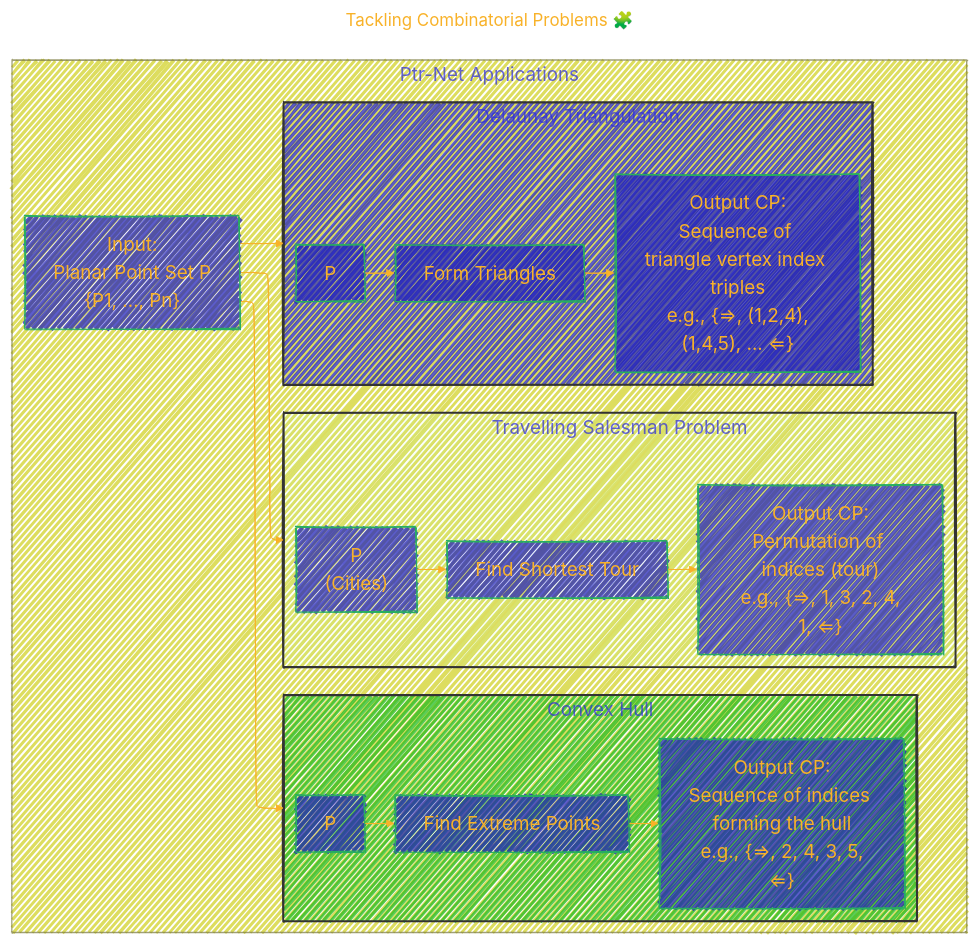
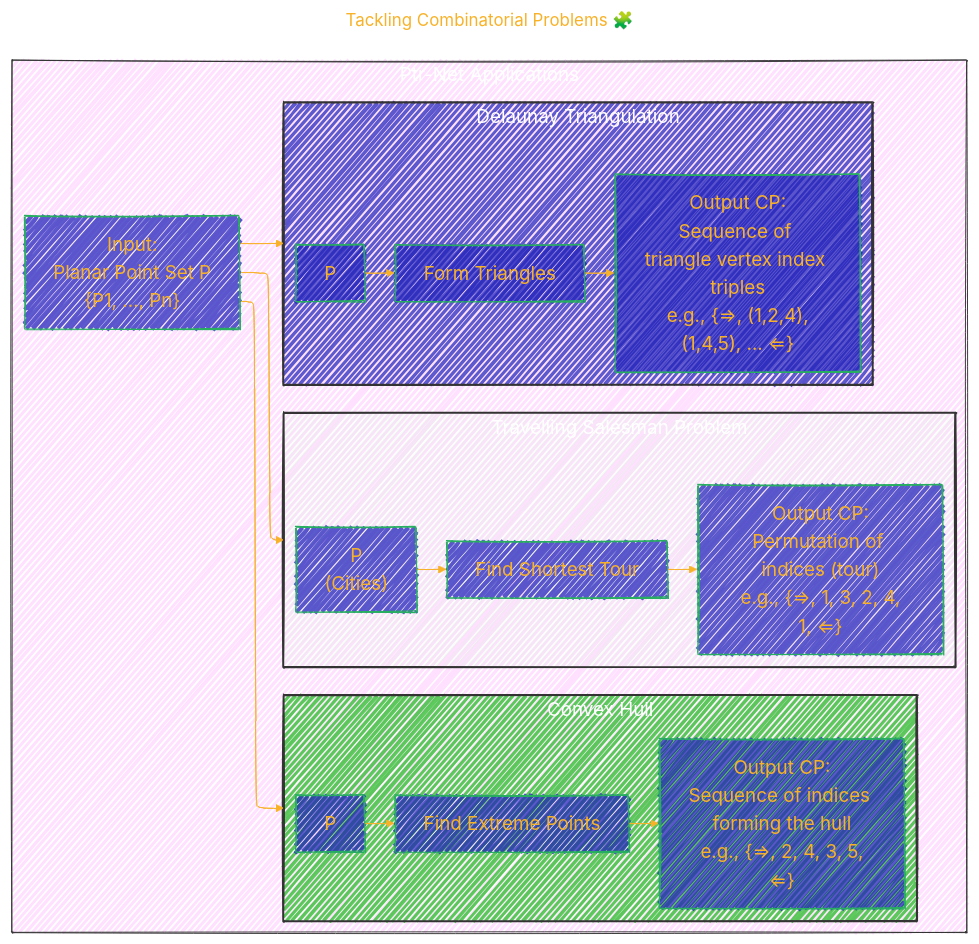
The third of 4 diagrams in Pointer_Networks/Pointer_Networks.md (CongLeSolutionX/Ilya_Sutskever_reading_list), drawn with Mermaid before and after one commit.

Commit message:
update notes

````diff
--- a/Pointer_Networks/Pointer_Networks.md
+++ b/Pointer_Networks/Pointer_Networks.md
@@ -257,59 +257,60 @@
 ```mermaid
 ---
 title: "Tackling Combinatorial Problems 🧩"
 author: "Cong Le"
 version: "1.0"
 license(s): "MIT, CC BY-SA 4.0"
 copyright: "Copyright (c) 2025 Cong Le. All Rights Reserved."
 config:
   layout: elk
   theme: base
   look: handDrawn
 ---
 %%%%%%%% Mermaid version v11.4.1-b.14
 %%%%%%%% Available curve styles include the following keywords:
 %% basis, bumpX, bumpY, cardinal, catmullRom, linear, monotoneX, monotoneY, natural, step, stepAfter, stepBefore.
 %%{
   init: {
     'flowchart': { 'htmlLabels': true, 'curve': 'basis' },
     'fontFamily': 'American Typewriter, monospace',
     'logLevel': 'fatal',
     'themeVariables': {
       'primaryColor': '#22BB',
       'primaryTextColor': '#F8B229',
       'lineColor': '#F8B229',
       'primaryBorderColor': '#27AE60',
       'secondaryColor': '#E2F1',
       'secondaryTextColor': '#6C3483',
       'secondaryBorderColor': '#A569BD',
       'fontSize': '20px'
     }
   }
 }%%
 flowchart LR
     subgraph ProblemDomains["Ptr-Net Applications"]
+    style ProblemDomains fill:#F2F2,stroke:#333,stroke-width:1px, color: #FFFF
         InputPoints["Input:<br/>Planar Point Set P<br/>{P1, ..., Pn}"]
 
         subgraph ConvexHull["Convex Hull"]
+        style ConvexHull fill:#2B2B,stroke:#333,stroke-width:2px, color: #FFFF
             CH_Input["P"] --> CH_Process["Find Extreme Points"]
             CH_Process --> CH_Output["Output CP:<br/>Sequence of indices forming the hull<br/> e.g., {⇒, 2, 4, 3, 5, ⇐}"]
         end
 
         subgraph Delaunay["Delaunay Triangulation"]
+        style Delaunay fill:#22BB,stroke:#333,stroke-width:2px, color: #FFFF
             D_Input["P"] --> D_Process["Form Triangles"]
             D_Process --> D_Output["Output CP:<br/>Sequence of triangle vertex index triples<br/> e.g., {⇒, (1,2,4), (1,4,5), ... ⇐}"]
         end
 
         subgraph TSP["Travelling Salesman Problem"]
+        style TSP fill:#BFB2,stroke:#333,stroke-width:2px, color: #FFFF
             TSP_Input["P<br/>(Cities)"] --> TSP_Process["Find Shortest Tour"]
             TSP_Process --> TSP_Output["Output CP:<br/>Permutation of indices (tour)<br/> e.g., {⇒, 1, 3, 2, 4, 1, ⇐}"]
         end
         InputPoints --> ConvexHull
         InputPoints --> Delaunay
         InputPoints --> TSP
     end
-
-    style ConvexHull fill:#2B2B,stroke:#333,stroke-width:2px
-    style Delaunay fill:#22BB,stroke:#333,stroke-width:2px
-    style TSP fill:#BFB2,stroke:#333,stroke-width:2px
+    
 ```
````
